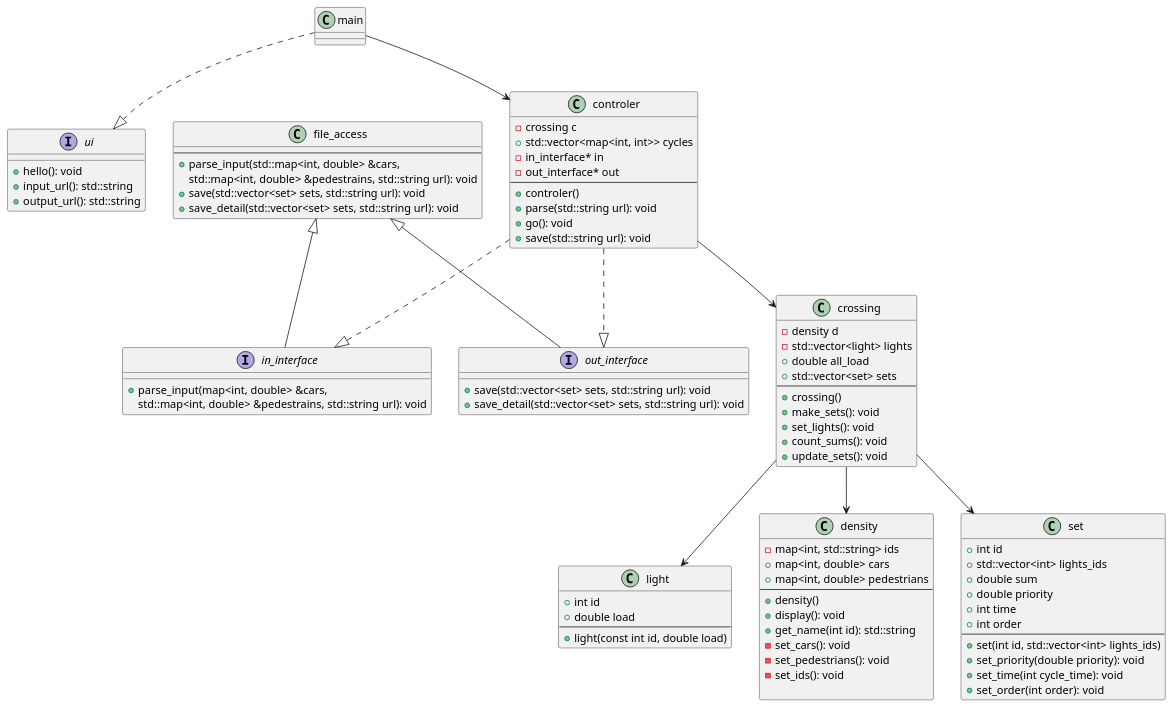
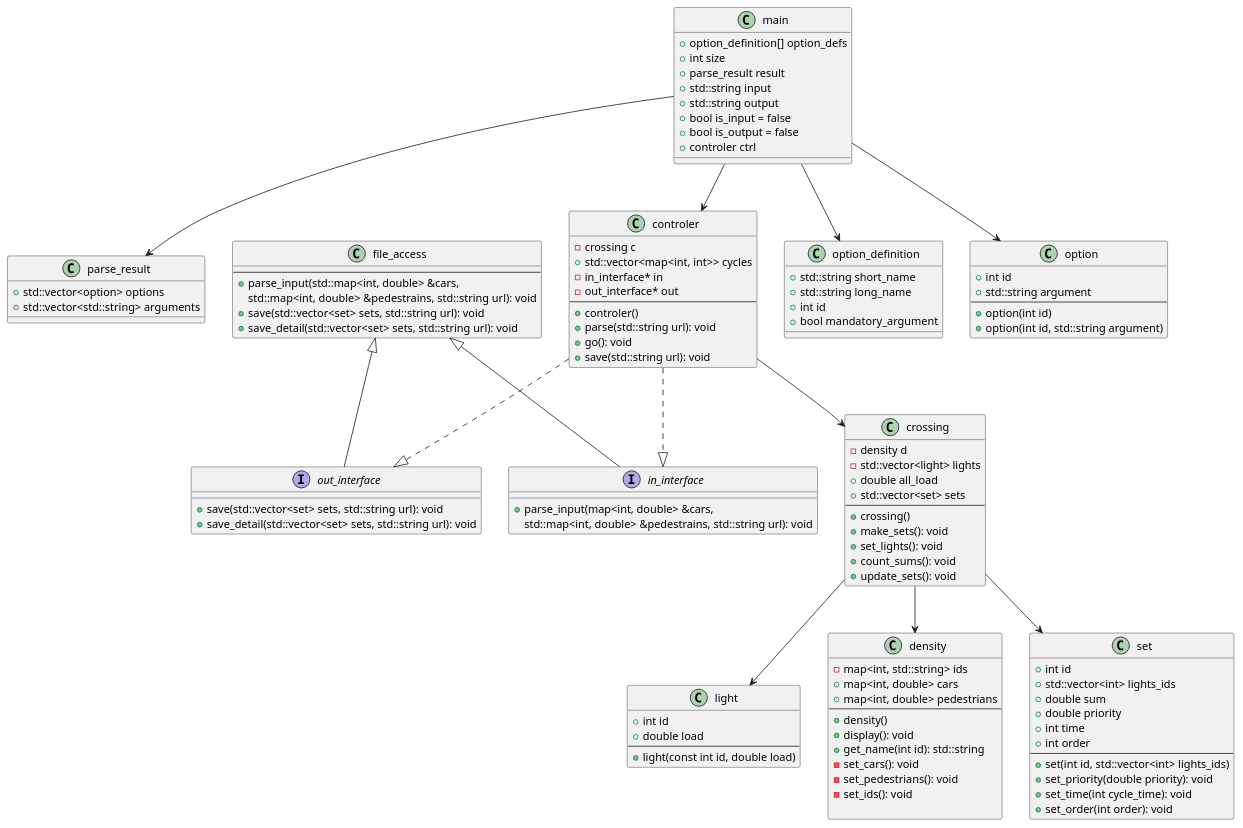
Before and after one commit to kuriataz/traffic-lights: the diagram in docs/class_diagram.puml, drawn with PlantUML. The commit also changed 19 other files, not shown here.

```diff
--- a/docs/class_diagram.puml
+++ b/docs/class_diagram.puml
@@ -1,102 +1,125 @@
 @startuml traffic_lights
 
 class controler {
   - crossing c
   + std::vector<map<int, int>> cycles
   - in_interface* in
   - out_interface* out
   --
   + controler()
   + parse(std::string url): void
   + go(): void
   + save(std::string url): void
 }
 
 class crossing {
   - density d
   - std::vector<light> lights
   + double all_load
   + std::vector<set> sets
   --
   + crossing()
   + make_sets(): void
   + set_lights(): void
   + count_sums(): void
   + update_sets(): void
 }
 
 class light {
   + int id
   + double load
   --
   + light(const int id, double load)
 }
 
 class density {
   - map<int, std::string> ids
   + map<int, double> cars
   + map<int, double> pedestrians
   --
   + density()
   + display(): void
   + get_name(int id): std::string
   - set_cars(): void
   - set_pedestrians(): void
   - set_ids(): void
 
 }
 
 class file_access {
   --
   + parse_input(std::map<int, double> &cars,
                            std::map<int, double> &pedestrains, std::string url): void
   + save(std::vector<set> sets, std::string url): void
   + save_detail(std::vector<set> sets, std::string url): void
 }
 
 class set {
   + int id
   + std::vector<int> lights_ids
   + double sum
   + double priority
   + int time
   + int order
   --
   + set(int id, std::vector<int> lights_ids)
   + set_priority(double priority): void
   + set_time(int cycle_time): void
   + set_order(int order): void
 }
 
+class option_definition {
+  + std::string short_name
+  + std::string long_name
+  + int id
+  + bool mandatory_argument
+}
+
+class option {
+  + int id
+  + std::string argument
+  --
+  + option(int id)
+  + option(int id, std::string argument)
+}
+
+class parse_result {
+  + std::vector<option> options
+  + std::vector<std::string> arguments
+}
+
 interface out_interface {
   + save(std::vector<set> sets, std::string url): void
   + save_detail(std::vector<set> sets, std::string url): void
 }
 
 interface in_interface {
   + parse_input(map<int, double> &cars,
                            std::map<int, double> &pedestrains, std::string url): void
 }
 
-interface ui {
-  + hello(): void
-  + input_url(): std::string
-  + output_url(): std::string
-}
-
 class main {
-
+  + option_definition[] option_defs
+  + int size
+  + parse_result result
+  + std::string input
+  + std::string output
+  + bool is_input = false
+  + bool is_output = false
+  + controler ctrl
 }
 
 file_access <|-- in_interface
 file_access <|-- out_interface
 controler --> crossing
 controler ..|> out_interface
 controler ..|> in_interface
 crossing --> light
 crossing --> density
 crossing --> set
-main ..|> ui
 main --> controler
+main --> option
+main --> option_definition
+main --> parse_result
 
 @enduml
```
